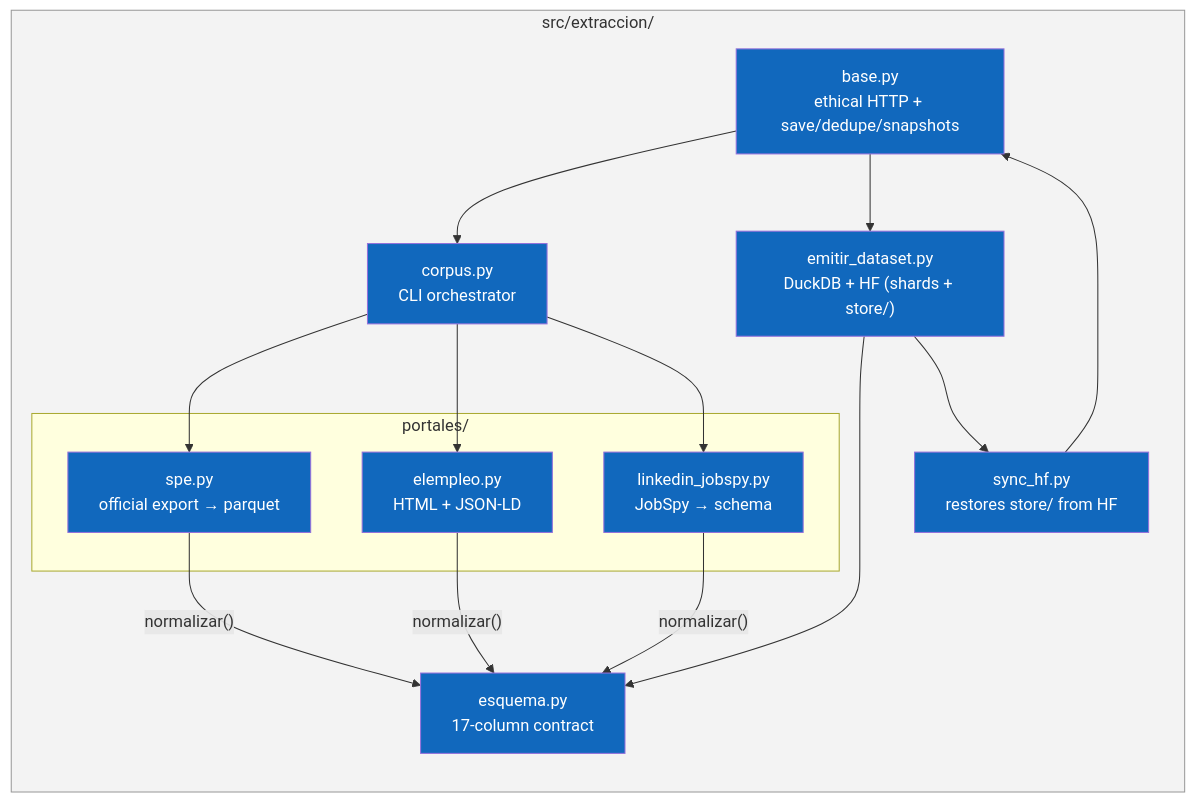
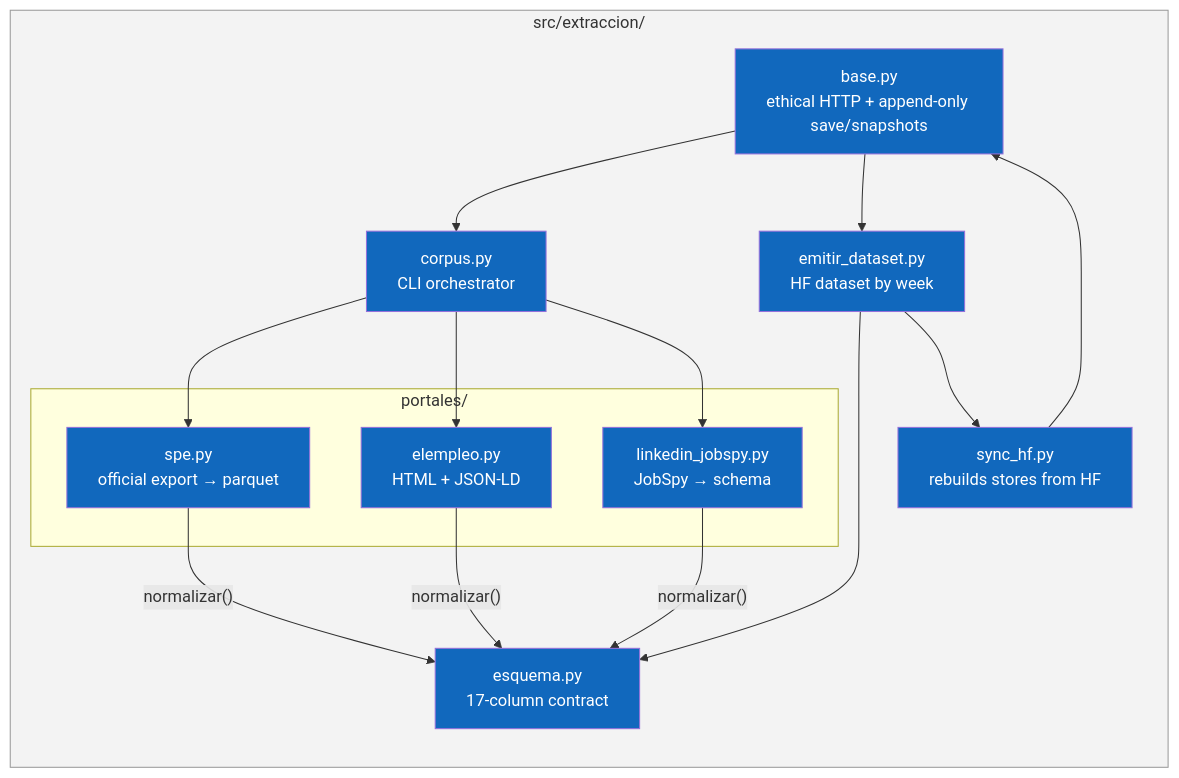
The third of 8 diagrams in docs/architecture.en.md (shalom-A26/SEXTANTE), drawn with Mermaid before and after one commit. The commit also changed other lines of this file and 9 other files, not shown here.

````diff
--- a/docs/architecture.en.md
+++ b/docs/architecture.en.md
@@ -134,33 +140,33 @@
 ```mermaid
 flowchart LR
     subgraph SRC["src/extraccion/"]
         schema["esquema.py<br/>17-column contract"]
-        base["base.py<br/>ethical HTTP + save/dedupe/snapshots"]
+        base["base.py<br/>ethical HTTP + append-only save/snapshots"]
         corpus["corpus.py<br/>CLI orchestrator"]
-        sync["sync_hf.py<br/>restores store/ from HF"]
-        emitir["emitir_dataset.py<br/>DuckDB + HF (shards + store/)"]
+        sync["sync_hf.py<br/>rebuilds stores from HF"]
+        emitir["emitir_dataset.py<br/>HF dataset by week"]
 
         subgraph PORTALS["portales/"]
             spe["spe.py<br/>official export → parquet"]
             ele["elempleo.py<br/>HTML + JSON-LD"]
             lin["linkedin_jobspy.py<br/>JobSpy → schema"]
         end
     end
 
     corpus --> spe
     corpus --> ele
     corpus --> lin
     spe -->|"normalizar()"| schema
     ele -->|"normalizar()"| schema
     lin -->|"normalizar()"| schema
     base --> corpus
     sync --> base
     base --> emitir
     emitir --> schema
     emitir --> sync
 
     classDef borde fill:#f3f3f3,stroke:#999;
     classDef mod fill:#1168bd,color:#fff;
     class SRC borde;
     class schema,base,corpus,sync,emitir,spe,ele,lin mod;
 ```
````
